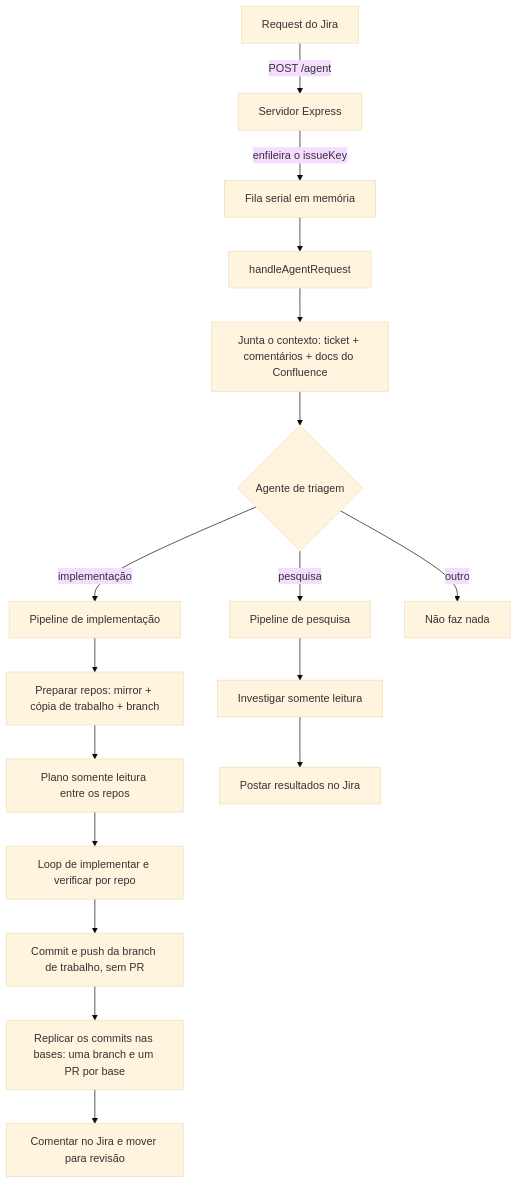
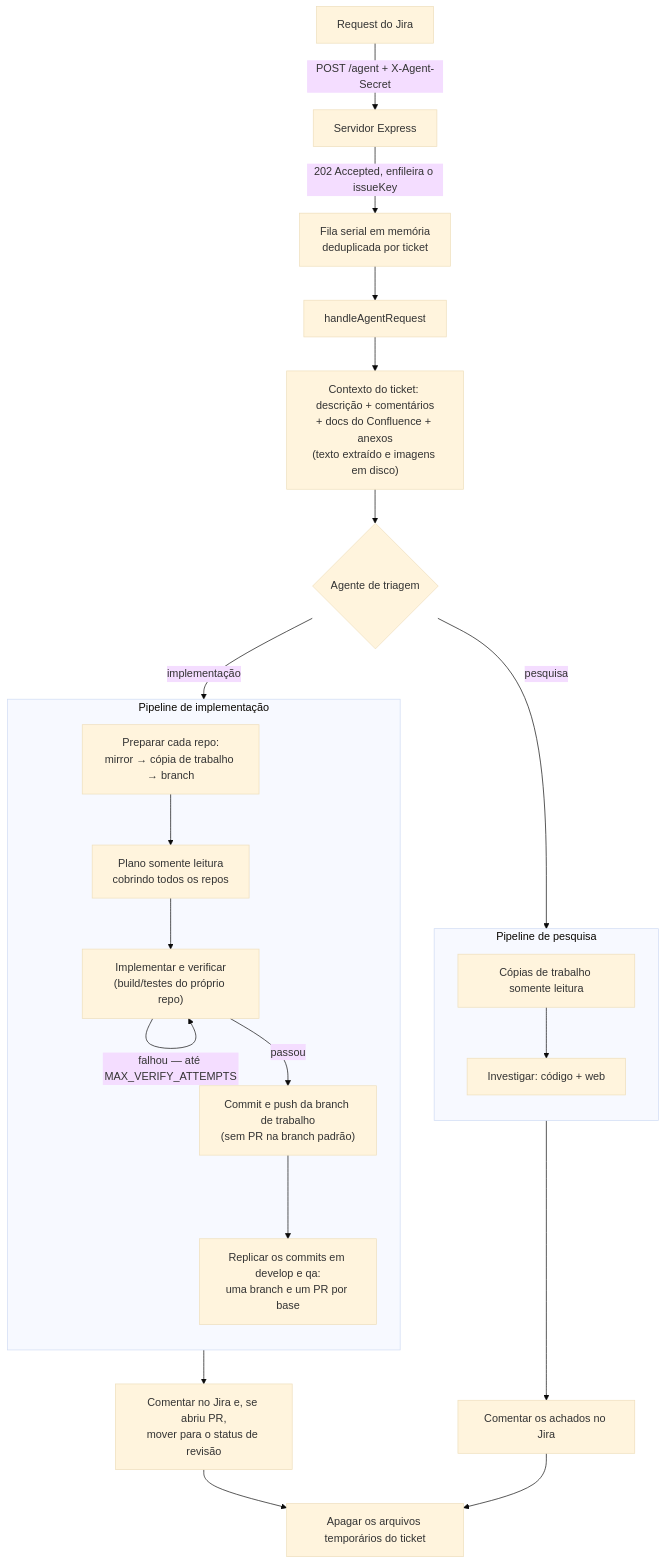
One commit to jose-pereira-cashme/cashme-agent changed the first of 2 diagrams in DESIGN.md. Above: the diagram before and after it, drawn with Mermaid (base theme). The commit also changed other lines of this file, not shown here.

Commit message:
feat: update design document with ticket attachments and replica conflict handling

````diff
--- a/DESIGN.md
+++ b/DESIGN.md
@@ -235,19 +280,29 @@
 ```mermaid
 flowchart TD
-  J[Request do Jira] -->|POST /agent| W[Servidor Express]
-  W -->|enfileira o issueKey| Q[Fila serial em memória]
+  J[Request do Jira] -->|"POST /agent + X-Agent-Secret"| W[Servidor Express]
+  W -->|"202 Accepted, enfileira o issueKey"| Q[Fila serial em memória<br/>deduplicada por ticket]
   Q --> H[handleAgentRequest]
-  H --> C[Junta o contexto: ticket + comentários + docs do Confluence]
+  H --> C["Contexto do ticket: descrição + comentários<br/>+ docs do Confluence + anexos<br/>(texto extraído e imagens em disco)"]
   C --> T{Agente de triagem}
-  T -->|implementação| I[Pipeline de implementação]
-  T -->|pesquisa| R[Pipeline de pesquisa]
-  T -->|outro| X[Não faz nada]
-  I --> P[Preparar repos: mirror + cópia de trabalho + branch]
-  P --> PL[Plano somente leitura entre os repos]
-  PL --> IV[Loop de implementar e verificar por repo]
-  IV --> PRc[Commit e push da branch de trabalho, sem PR]
-  PRc --> RP[Replicar os commits nas bases: uma branch e um PR por base]
-  RP --> RPT[Comentar no Jira e mover para revisão]
-  R --> RS[Investigar somente leitura]
-  RS --> RC[Postar resultados no Jira]
+
+  subgraph IMPL[Pipeline de implementação]
+    direction TB
+    P["Preparar cada repo:<br/>mirror → cópia de trabalho → branch"] --> PL[Plano somente leitura<br/>cobrindo todos os repos]
+    PL --> IV["Implementar e verificar<br/>(build/testes do próprio repo)"]
+    IV -->|"falhou — até MAX_VERIFY_ATTEMPTS"| IV
+    IV -->|passou| CM["Commit e push da branch de trabalho<br/>(sem PR na branch padrão)"]
+    CM --> RP["Replicar os commits em develop e qa:<br/>uma branch e um PR por base"]
+  end
+
+  subgraph RSCH[Pipeline de pesquisa]
+    direction TB
+    RS[Cópias de trabalho somente leitura] --> RI[Investigar: código + web]
+  end
+
+  T -->|implementação| P
+  T -->|pesquisa| RS
+  RP --> RPT["Comentar no Jira e, se abriu PR,<br/>mover para o status de revisão"]
+  RI --> RC[Comentar os achados no Jira]
+  RPT --> CL[Apagar os arquivos temporários do ticket]
+  RC --> CL
 ```
````
